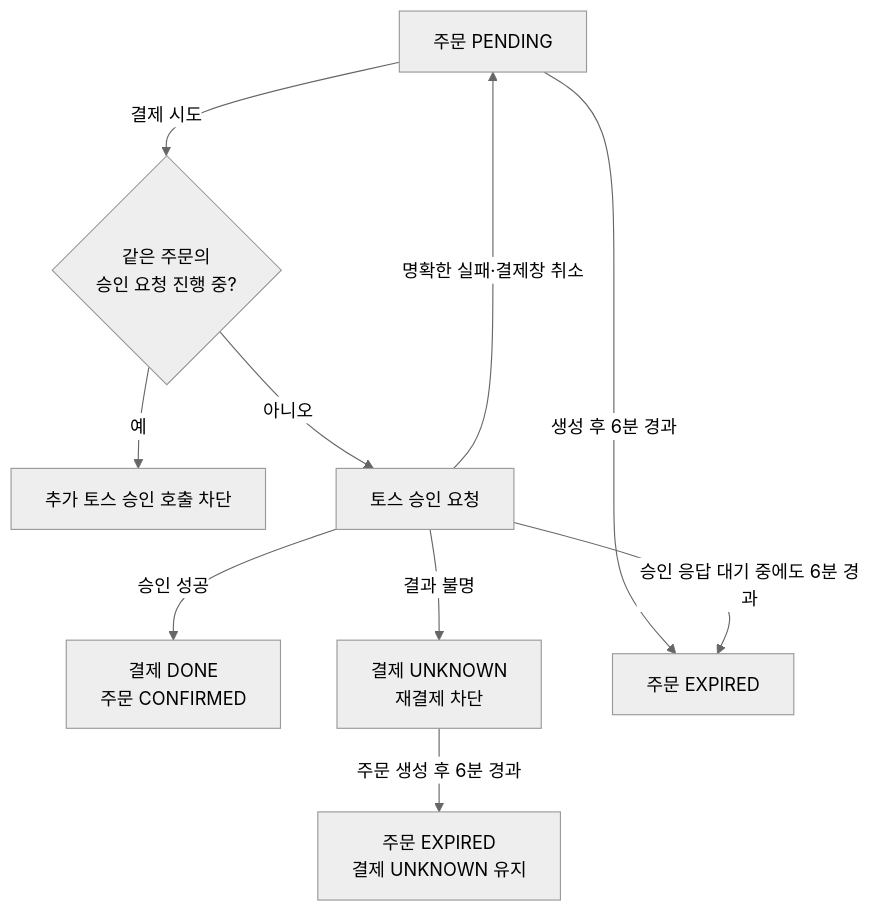
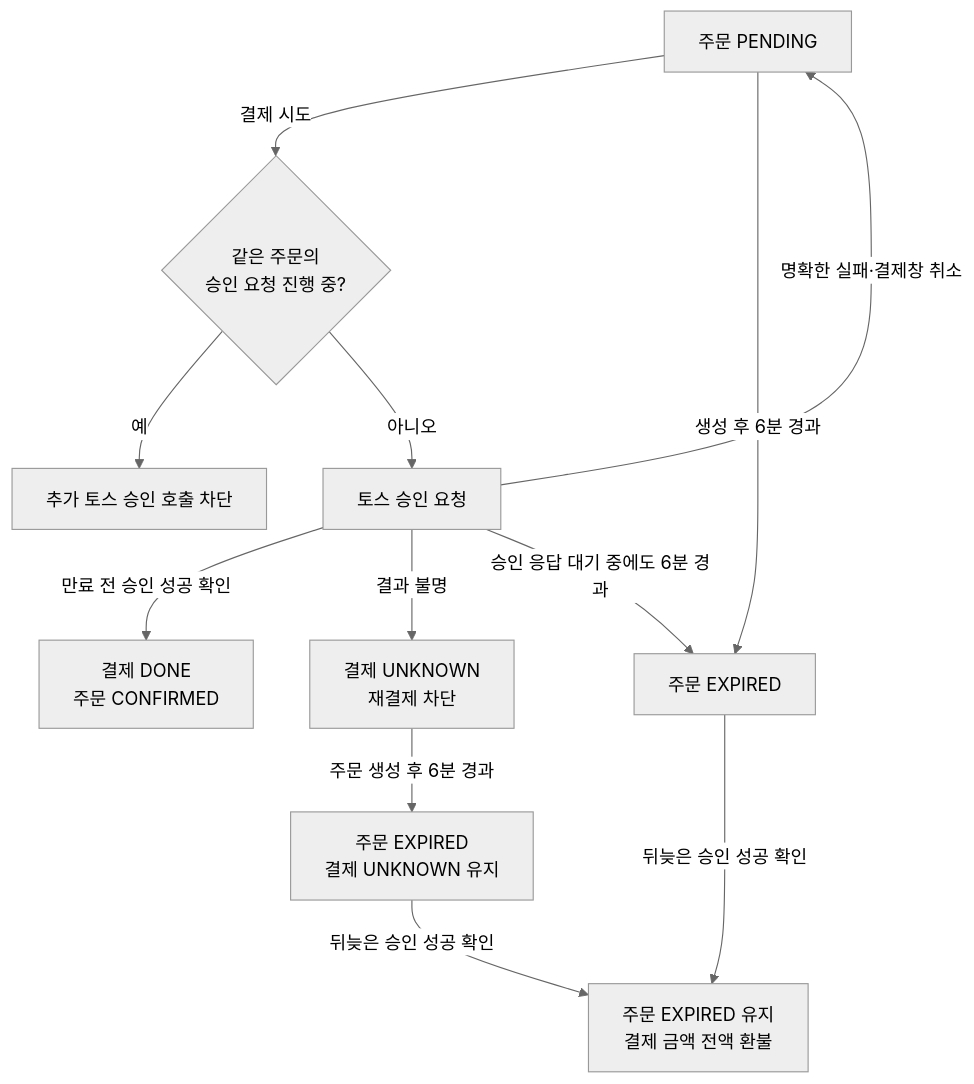
One commit to woowacourse-teams/2026-setty changed the second of 3 diagrams in docs/policy/payment.md. Above: the diagram before and after it, drawn with Mermaid (neutral theme). The commit also changed other lines of this file and 2 other files, not shown here.

````diff
--- a/docs/policy/payment.md
+++ b/docs/policy/payment.md
@@ -30,12 +31,14 @@
 ```mermaid
 flowchart TB
     P["주문 PENDING"] -->|"결제 시도"| G{"같은 주문의<br/>승인 요청 진행 중?"}
     G -->|"예"| B["추가 토스 승인 호출 차단"]
     G -->|"아니오"| T["토스 승인 요청"]
-    T -->|"승인 성공"| C["결제 DONE<br/>주문 CONFIRMED"]
+    T -->|"만료 전 승인 성공 확인"| C["결제 DONE<br/>주문 CONFIRMED"]
     T -->|"명확한 실패·결제창 취소"| P
     T -->|"결과 불명"| U["결제 UNKNOWN<br/>재결제 차단"]
     P -->|"생성 후 6분 경과"| E["주문 EXPIRED"]
     T -->|"승인 응답 대기 중에도 6분 경과"| E
     U -->|"주문 생성 후 6분 경과"| UE["주문 EXPIRED<br/>결제 UNKNOWN 유지"]
+    E -->|"뒤늦은 승인 성공 확인"| R["주문 EXPIRED 유지<br/>결제 금액 전액 환불"]
+    UE -->|"뒤늦은 승인 성공 확인"| R
 ```
````
